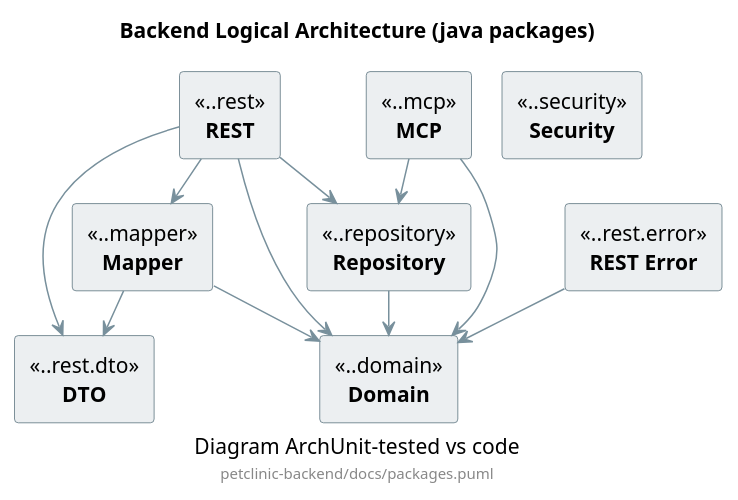
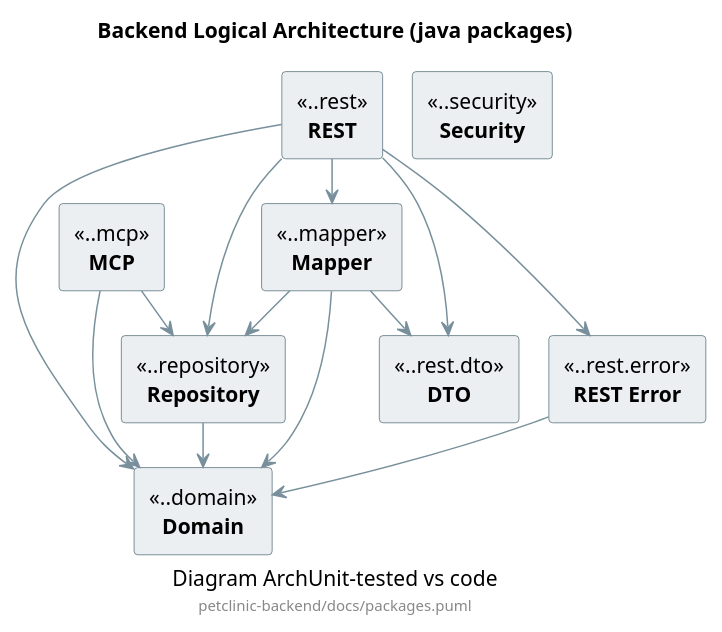
Before and after one commit to victorrentea/petclinic: the diagram in petclinic-backend/docs/packages.puml, drawn with PlantUML. The commit also changed 25 other files, not shown here.

```diff
--- a/petclinic-backend/docs/packages.puml
+++ b/petclinic-backend/docs/packages.puml
@@ -1,47 +1,49 @@
 @startuml
 
 title Backend Logical Architecture (java packages)
 caption Diagram ArchUnit-tested vs code
 footer petclinic-backend/docs/packages.puml
 
 skinparam shadowing false
 skinparam componentStyle rectangle
 skinparam nodesep 20
 skinparam ranksep 30
 <style>
 component {
   BackGroundColor #ECEFF1
   LineColor #546E7A
   FontStyle bold
   ' only the component name is bold; the package pattern above it stays plain
   ' (never write a stereotype in a comment — PackagesArchTest greps the raw file)
   stereotype {
     FontStyle plain
   }
 }
 arrow {
   LineColor #78909C
 }
 </style>
 
 [REST] <<..rest>>
 [MCP] <<..mcp>>
 [REST Error] <<..rest.error>>
 [Security] <<..security>>
 [Mapper] <<..mapper>>
 [Repository] <<..repository>>
 [DTO] <<..rest.dto>>
 [Domain] <<..domain>>
 
 [Repository] --> [Domain]
 [Mapper] --> [Domain]
 [Mapper] --> [DTO]
+[Mapper] --> [Repository]
 [REST] --> [Domain]
 [REST] --> [Repository]
 [REST] --> [Mapper]
 [REST] --> [DTO]
+[REST] --> [REST Error]
 [REST Error] --> [Domain]
 [MCP] --> [Domain]
 [MCP] --> [Repository]
 
 @enduml
```
